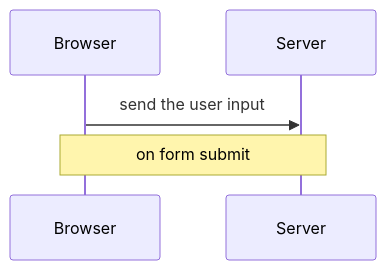
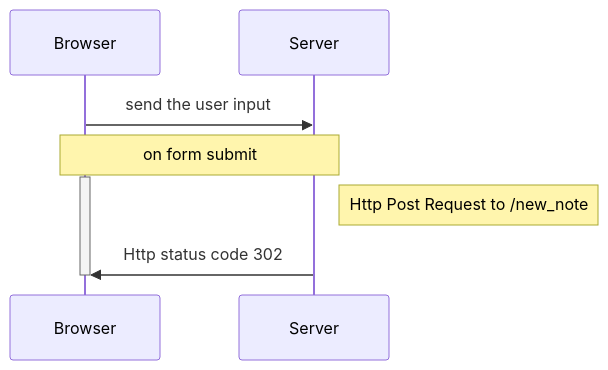
The diagram in part0/part0-4.md (CarnevaleMNO/fullstackopen), drawn with Mermaid before and after one commit.

Commit message:
Update part0-4.md
Add second sequence

````diff
--- a/part0/part0-4.md
+++ b/part0/part0-4.md
@@ -3,10 +3,13 @@
 ```mermaid
 sequenceDiagram;
 participant Browser
 participant Server
 
 Browser ->> Server: send the user input
 note over Browser, Server: on form submit
 activate Browser
+note right of Server: Http Post Request to /new_note
+Server ->> Browser: Http status code 302
+deactivate Browser
 
 ```
````
